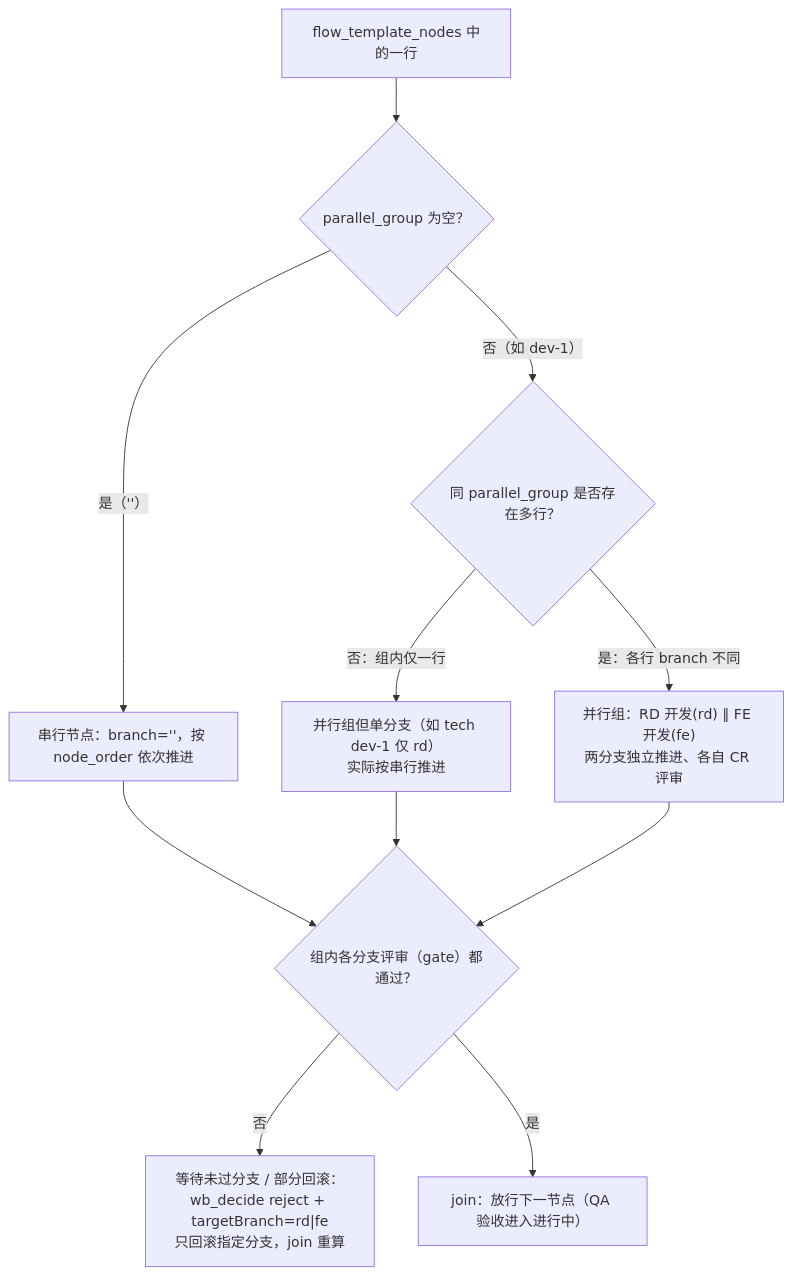
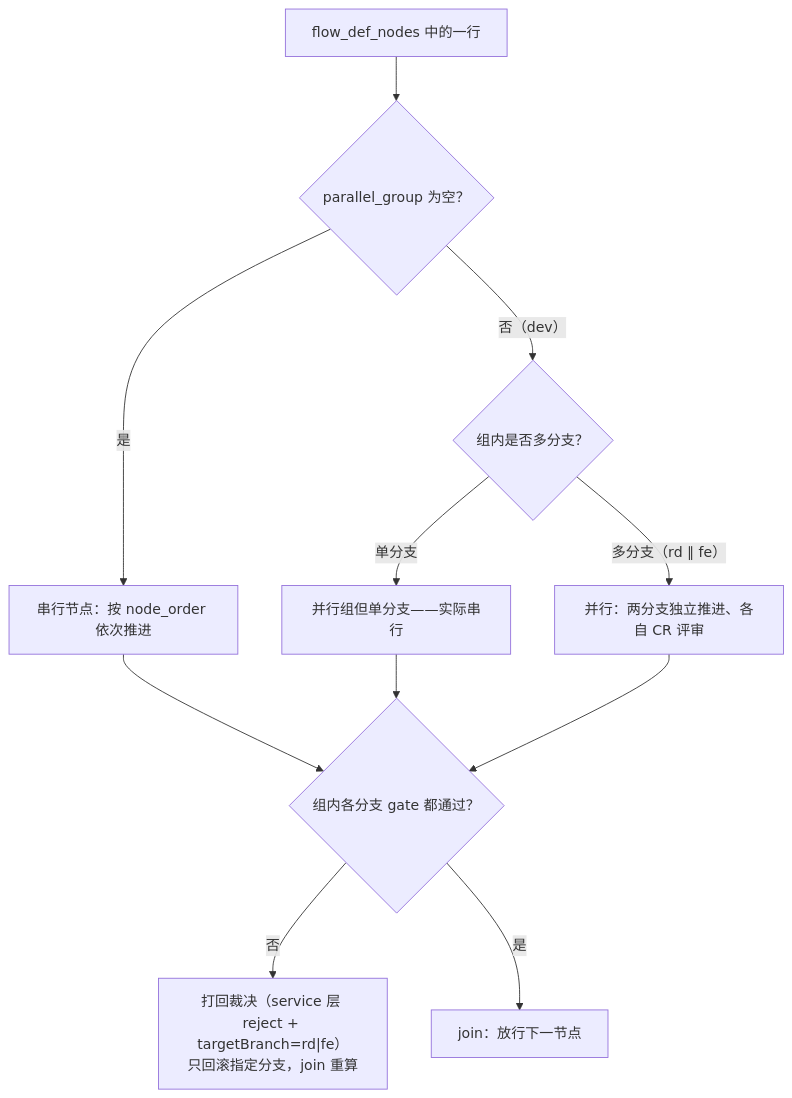
The fourth of 4 diagrams in docs/v1.0/arch_design.md (huzilin/dsh-flow), drawn with Mermaid before and after one commit. The commit also changed other lines of this file and 18 other files, not shown here.

````diff
--- a/docs/v1.0/arch_design.md
+++ b/docs/v1.0/arch_design.md
@@ -1246,13 +668,13 @@
 ```mermaid
 flowchart TD
-    A["flow_template_nodes 中的一行"] --> B{"parallel_group 为空？"}
-    B -- "是（''）" --> S["串行节点：branch=''，按 node_order 依次推进"]
-    B -- "否（如 dev-1）" --> C{"同 parallel_group 是否存在多行？"}
-    C -- "否：组内仅一行" --> P1["并行组但单分支（如 tech dev-1 仅 rd）<br/>实际按串行推进"]
-    C -- "是：各行 branch 不同" --> P2["并行组：RD 开发(rd) ∥ FE 开发(fe)<br/>两分支独立推进、各自 CR 评审"]
+    A["flow_def_nodes 中的一行"] --> B{"parallel_group 为空？"}
+    B -- "是" --> S["串行节点：按 node_order 依次推进"]
+    B -- "否（dev）" --> C{"组内是否多分支？"}
+    C -- "单分支" --> P1["并行组但单分支——实际串行"]
+    C -- "多分支（rd ∥ fe）" --> P2["并行：两分支独立推进、各自 CR 评审"]
     S --> J
     P1 --> J
-    P2 --> J{"组内各分支评审（gate）都通过？"}
-    J -- "否" --> W["等待未过分支 / 部分回滚：<br/>wb_decide reject + targetBranch=rd|fe<br/>只回滚指定分支，join 重算"]
-    J -- "是" --> N["join：放行下一节点（QA 验收进入进行中）"]
+    P2 --> J{"组内各分支 gate 都通过？"}
+    J -- "否" --> W["打回裁决（service 层 reject + targetBranch=rd|fe）<br/>只回滚指定分支，join 重算"]
+    J -- "是" --> N["join：放行下一节点"]
 ```
````
